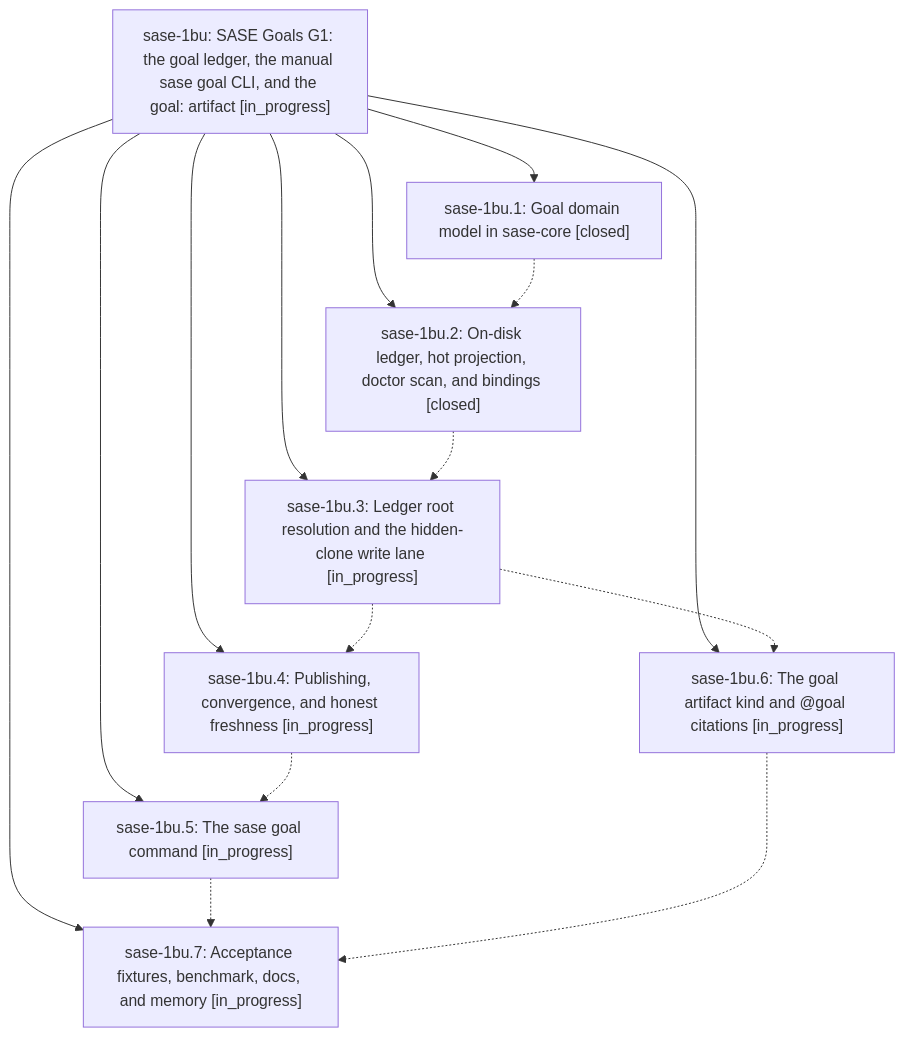
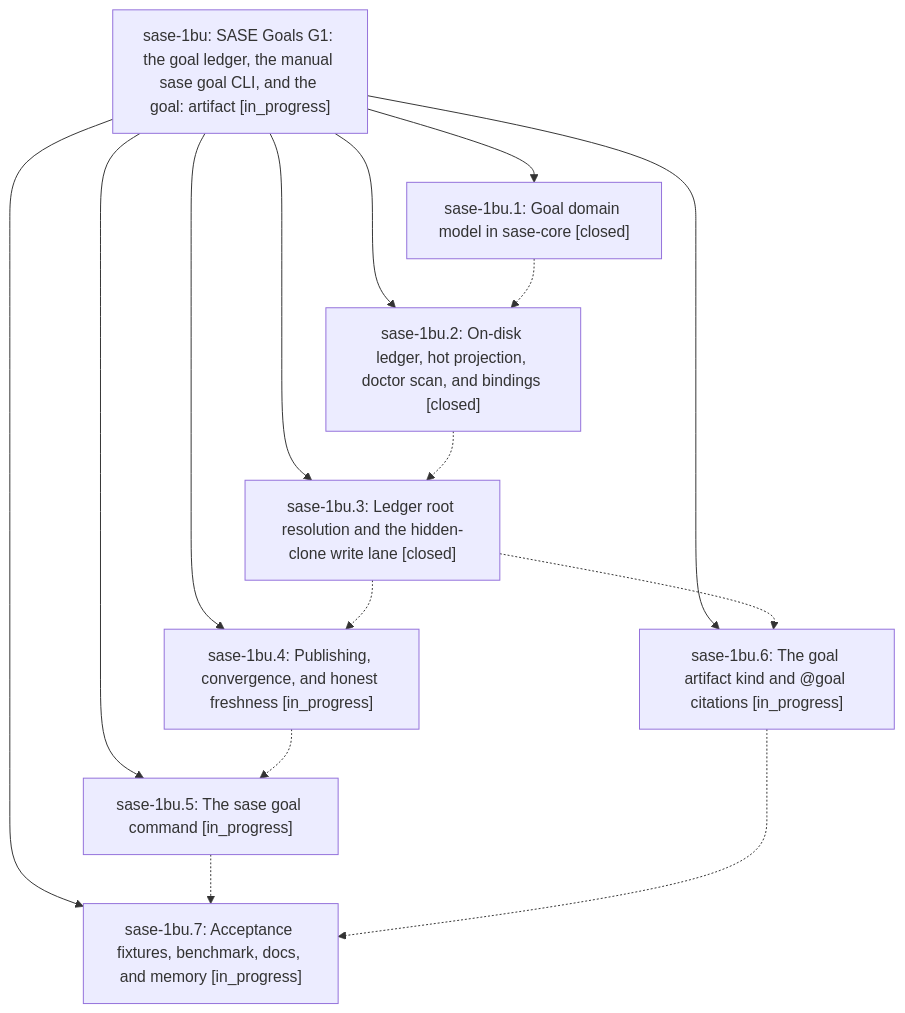
The diagram in pages/sase-1bu/README.md (sase-org/sase--beads), drawn with Mermaid before and after one commit. The commit also changed other lines of this file and 4 other files, not shown here.

````diff
--- a/pages/sase-1bu/README.md
+++ b/pages/sase-1bu/README.md
@@ -40,25 +40,25 @@
 ```mermaid
 flowchart TD
     n0["sase-1bu: SASE Goals G1: the goal ledger, the manual sase goal CLI, and the goal: artifact [in_progress]"]
     n1["sase-1bu.1: Goal domain model in sase-core [closed]"]
     n2["sase-1bu.2: On-disk ledger, hot projection, doctor scan, and bindings [closed]"]
-    n3["sase-1bu.3: Ledger root resolution and the hidden-clone write lane [in_progress]"]
+    n3["sase-1bu.3: Ledger root resolution and the hidden-clone write lane [closed]"]
     n4["sase-1bu.4: Publishing, convergence, and honest freshness [in_progress]"]
     n5["sase-1bu.5: The sase goal command [in_progress]"]
     n6["sase-1bu.6: The goal artifact kind and @goal citations [in_progress]"]
     n7["sase-1bu.7: Acceptance fixtures, benchmark, docs, and memory [in_progress]"]
     n0 --> n1
     n0 --> n2
     n0 --> n3
     n0 --> n4
     n0 --> n5
     n0 --> n6
     n0 --> n7
     n1 -.-> n2
     n2 -.-> n3
     n3 -.-> n4
     n3 -.-> n6
     n4 -.-> n5
     n5 -.-> n7
     n6 -.-> n7
 ```
````
